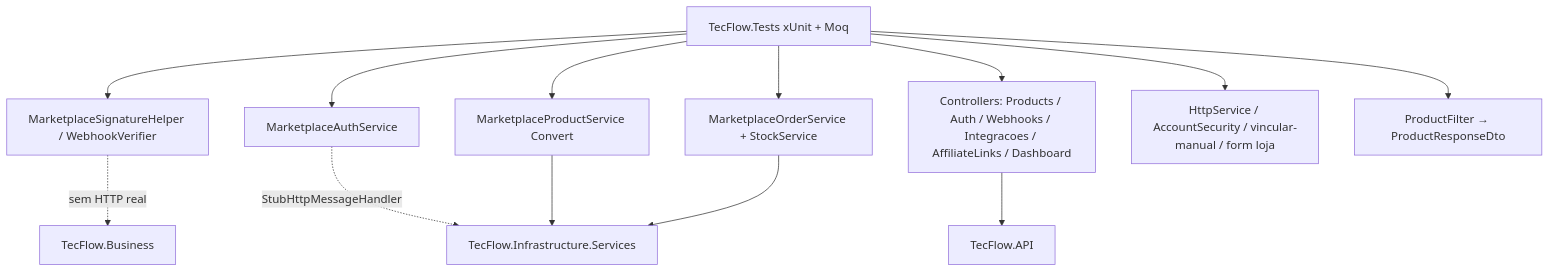
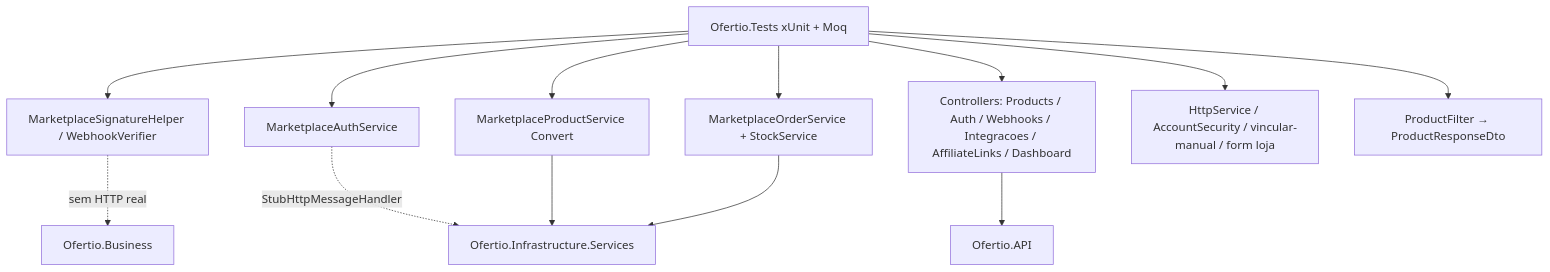
The fourth of 29 diagrams in docs/DIAGRAMAS_ARQUITETURA.md (ronyaraujodeveloper/TecFlow), drawn with Mermaid before and after one commit. The commit also changed other lines of this file and 2495 other files, not shown here.

First line of the commit message:
refactor!: migra marca TecFlow para Ofertio

````diff
--- a/docs/DIAGRAMAS_ARQUITETURA.md
+++ b/docs/DIAGRAMAS_ARQUITETURA.md
@@ -424,17 +427,17 @@
 ```mermaid
 flowchart TB
-  TST[TecFlow.Tests xUnit + Moq]
+  TST[Ofertio.Tests xUnit + Moq]
   TST --> SIG[MarketplaceSignatureHelper / WebhookVerifier]
   TST --> AUTH[MarketplaceAuthService]
   TST --> CAT[MarketplaceProductService Convert]
   TST --> ORD[MarketplaceOrderService + StockService]
   TST --> API[Controllers: Products / Auth / Webhooks / Integracoes / AffiliateLinks / Dashboard]
   TST --> HTTP[HttpService / AccountSecurity / vincular-manual / form loja]
   TST --> FLT[ProductFilter → ProductResponseDto]
 
-  SIG -.->|sem HTTP real| BUS[TecFlow.Business]
-  AUTH -.->|StubHttpMessageHandler| INFSVC[TecFlow.Infrastructure.Services]
+  SIG -.->|sem HTTP real| BUS[Ofertio.Business]
+  AUTH -.->|StubHttpMessageHandler| INFSVC[Ofertio.Infrastructure.Services]
   CAT --> INFSVC
   ORD --> INFSVC
-  API --> TecFlow.API
+  API --> Ofertio.API
 ```
````
